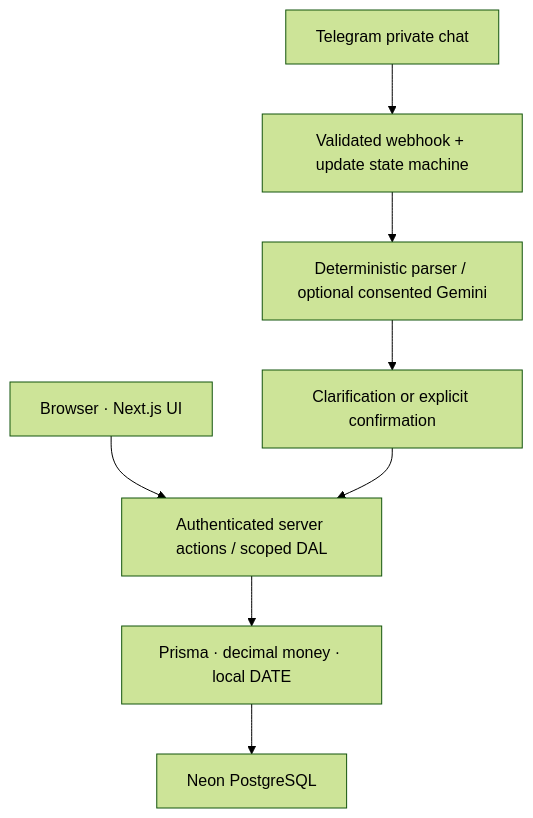
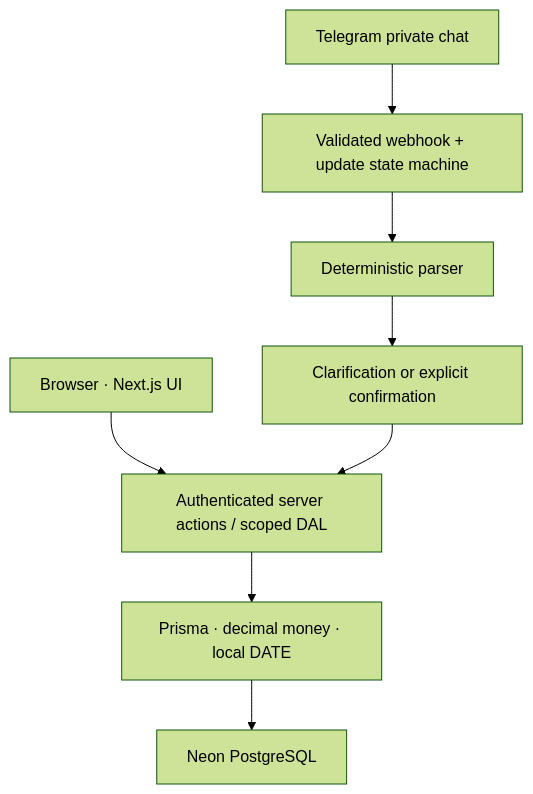
Before and after one commit to shahrilyusoff11/duitflow: the diagram in README.md, drawn with Mermaid (forest theme). The commit also changed other lines of this file and 28 other files, not shown here.

First line of the commit message:
Add unit tests for Telegram parser, processor, transport, and webhook

````diff
--- a/README.md
+++ b/README.md
@@ -163,10 +168,10 @@
 ```mermaid
 flowchart TD
   Browser["Browser · Next.js UI"] --> Server["Authenticated server actions / scoped DAL"]
   Telegram["Telegram private chat"] --> Webhook["Validated webhook + update state machine"]
-  Webhook --> Parser["Deterministic parser / optional consented Gemini"]
+  Webhook --> Parser["Deterministic parser"]
   Parser --> Pending["Clarification or explicit confirmation"]
   Pending --> Server
   Server --> Prisma["Prisma · decimal money · local DATE"]
   Prisma --> PostgreSQL["Neon PostgreSQL"]
 ```
````
